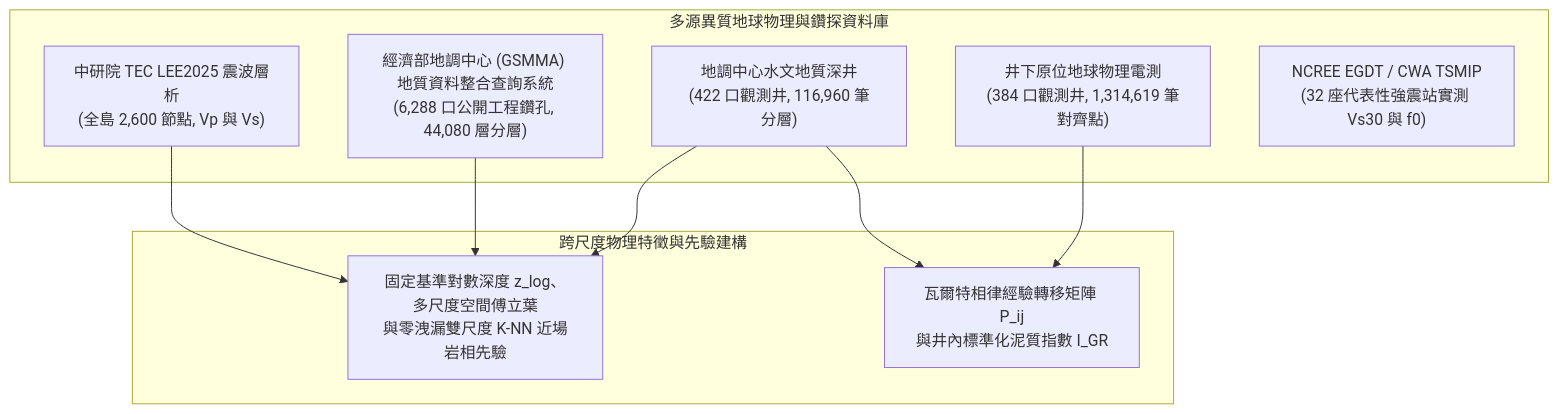
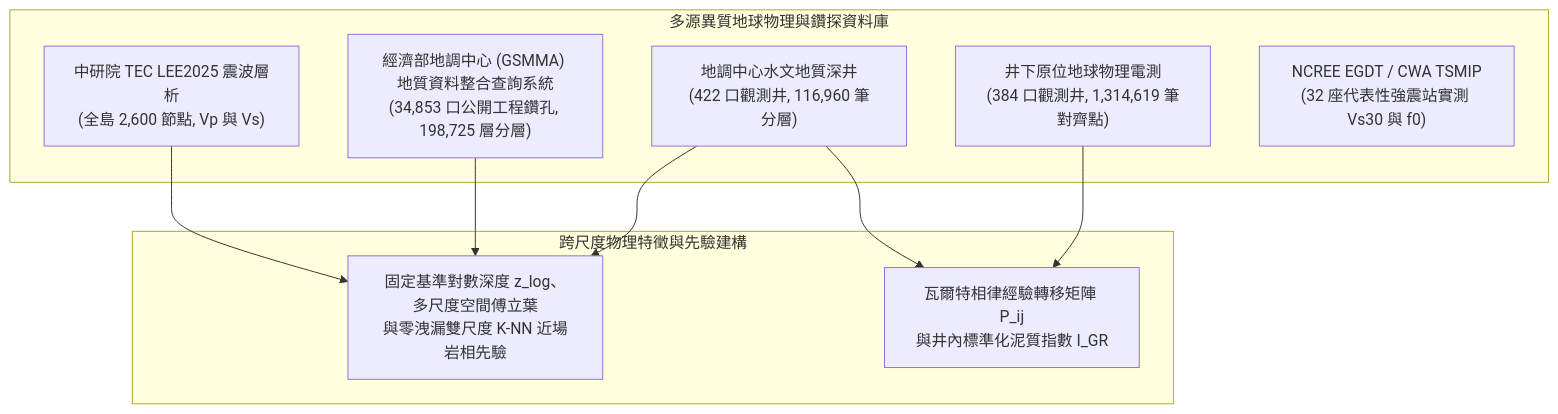
One commit to LittleCatAlex/TAGES-Evo changed the first of 2 diagrams in docs/國際科展作品說明書_最新進度版_EAEV.md. Above: the diagram before and after it, drawn with Mermaid. The commit also changed other lines of this file and 19 other files, not shown here.

First line of the commit message:
feat(data): scale borehole database to 70k charts across 34k wells, retrain 5-fold models and update manuscript

````diff
--- a/docs/國際科展作品說明書_最新進度版_EAEV.md
+++ b/docs/國際科展作品說明書_最新進度版_EAEV.md
@@ -109,21 +109,21 @@
 ```mermaid
 flowchart TD
     subgraph Data_Sources["多源異質地球物理與鑽探資料庫"]
         A["地調中心水文地質深井<br/>(422 口觀測井, 116,960 筆分層)"]
-        A2["經濟部地調中心 (GSMMA) 地質資料整合查詢系統<br/>(6,288 口公開工程鑽孔, 44,080 層分層)"]
+        A2["經濟部地調中心 (GSMMA) 地質資料整合查詢系統<br/>(34,853 口公開工程鑽孔, 198,725 層分層)"]
         B["井下原位地球物理電測<br/>(384 口觀測井, 1,314,619 筆對齊點)"]
         C["中研院 TEC LEE2025 震波層析<br/>(全島 2,600 節點, Vp 與 Vs)"]
         D["NCREE EGDT / CWA TSMIP<br/>(32 座代表性強震站實測 Vs30 與 f0)"]
     end
 
     subgraph Feature_Engineering["跨尺度物理特徵與先驗建構"]
         E["固定基準對數深度 z_log、多尺度空間傅立葉<br/>與零洩漏雙尺度 K-NN 近場岩相先驗"]
         F["瓦爾特相律經驗轉移矩陣 P_ij<br/>與井內標準化泥質指數 I_GR"]
     end
 
     A --> E
     A2 --> E
     B --> F
     C --> E
     A --> F
 ```
````
